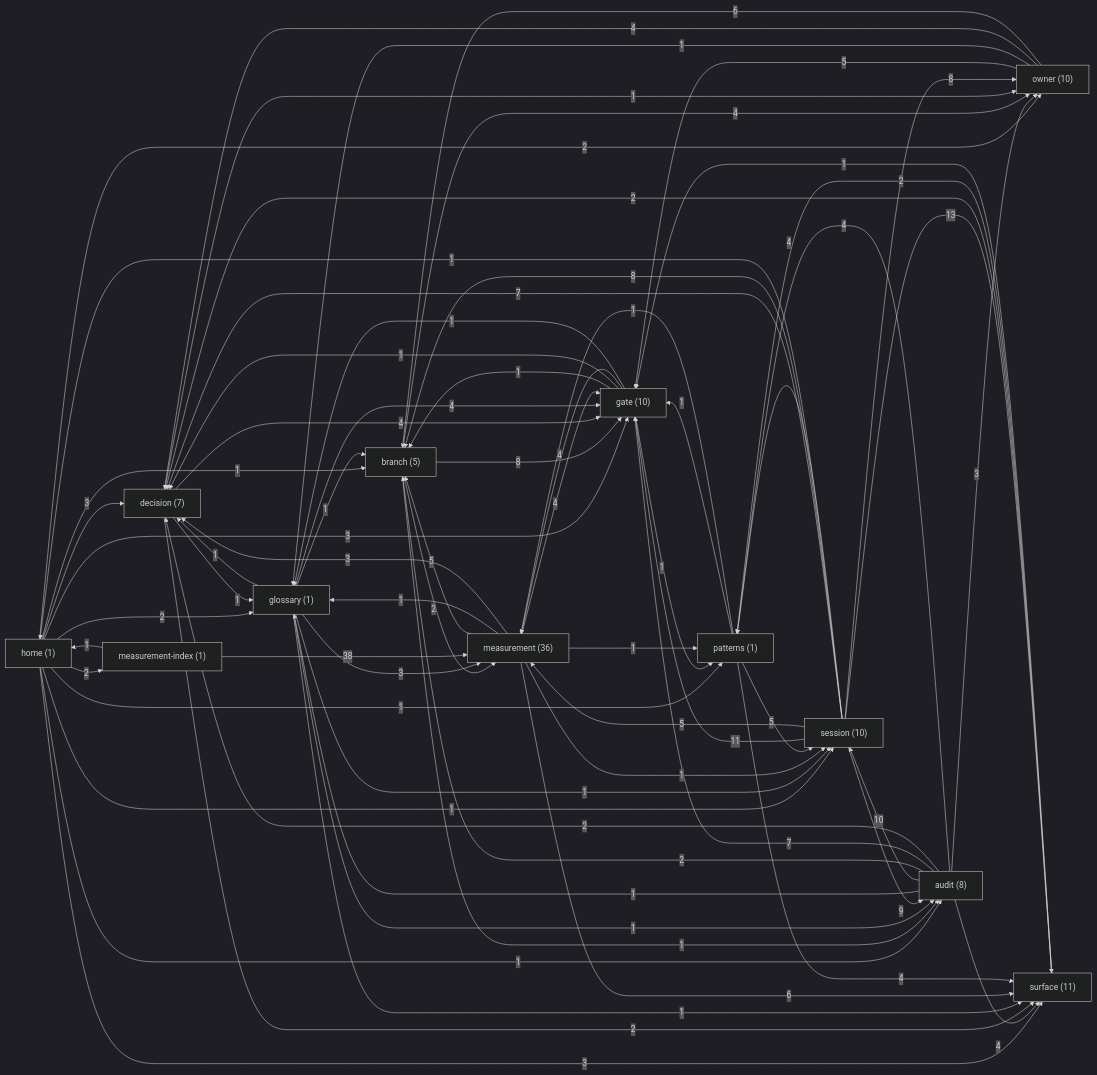
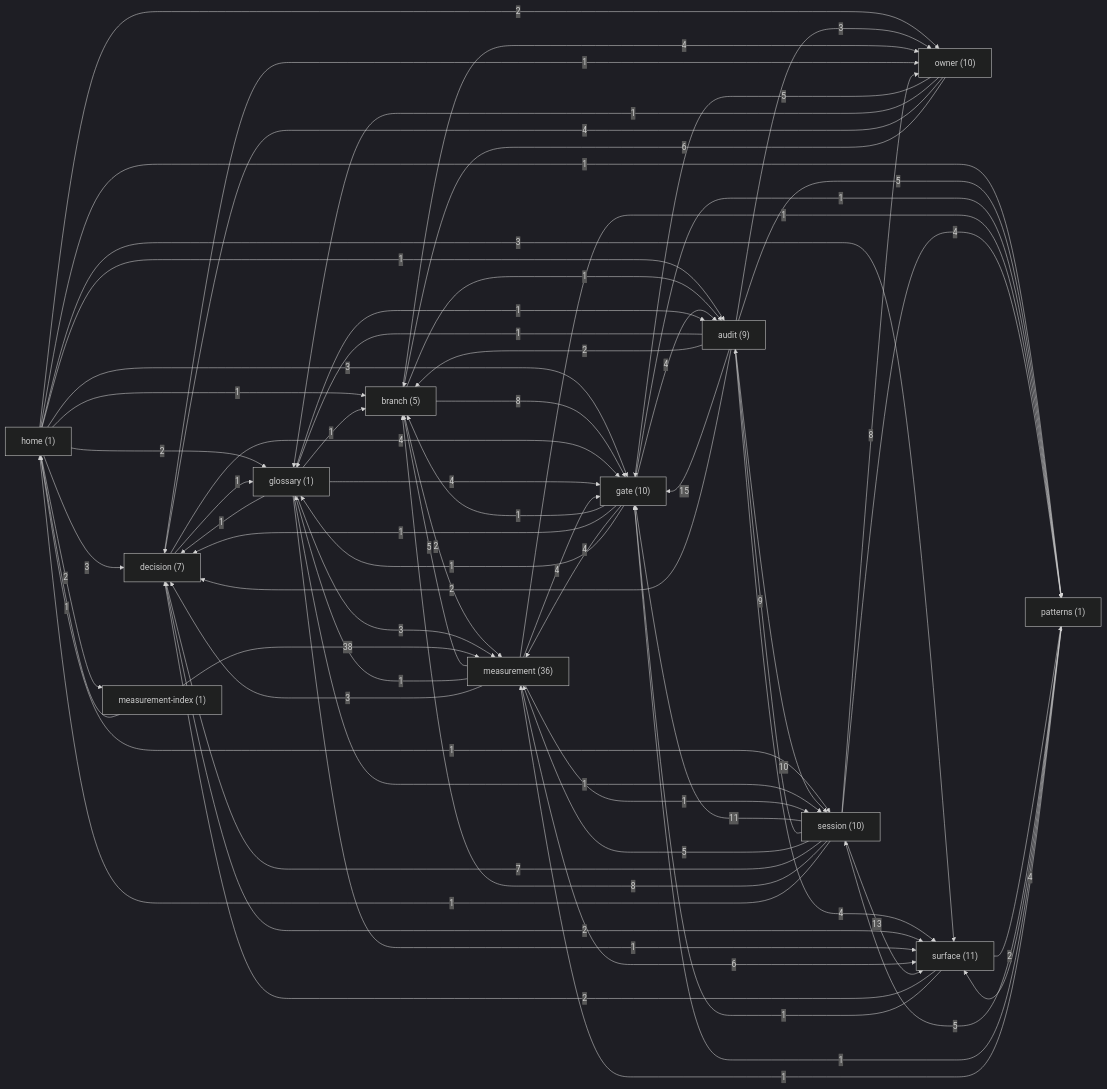
Before and after one commit to sergey9519546/STORYMACHINE: the diagram in docs/brain/GRAPH.md, drawn with Mermaid (dark theme). The commit also changed other lines of this file and 20 other files, not shown here.

````diff
--- a/docs/brain/GRAPH.md
+++ b/docs/brain/GRAPH.md
@@ -9,7 +9,7 @@
 ```mermaid
 graph LR
   home["home (1)"]
-  audit["audit (8)"]
+  audit["audit (9)"]
   branch["branch (5)"]
   decision["decision (7)"]
   gate["gate (10)"]
@@ -33,9 +33,9 @@
   audit -->|1| glossary
   audit -->|10| session
   audit -->|2| branch
-  audit -->|7| gate
+  audit -->|15| gate
   audit -->|2| decision
-  audit -->|4| patterns
+  audit -->|5| patterns
   audit -->|3| owner
   audit -->|4| surface
   branch -->|2| measurement
@@ -47,6 +47,7 @@
   decision -->|2| surface
   decision -->|1| owner
   gate -->|1| branch
+  gate -->|4| audit
   gate -->|1| decision
   gate -->|4| measurement
   gate -->|1| patterns
````
